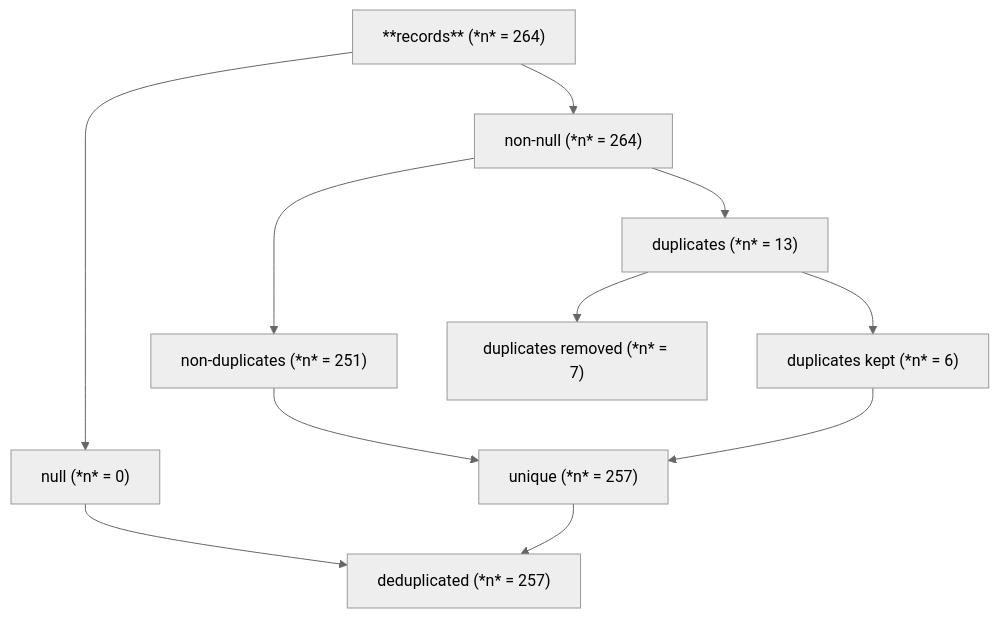
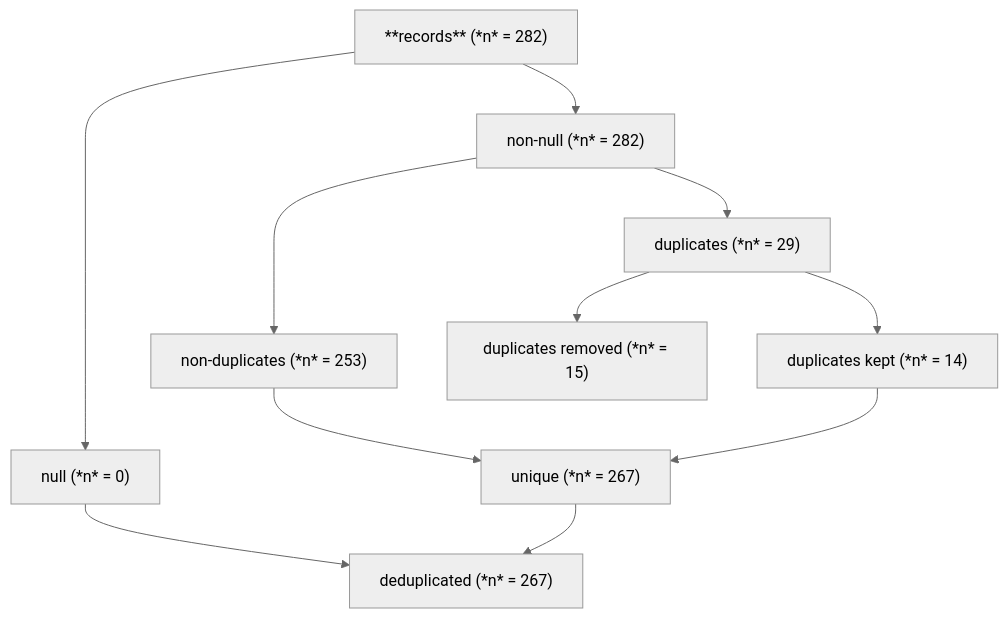
Before and after one commit to dong-wkim/systematic_review: the diagram in data/short_title_deduplicated.mmd, drawn with Mermaid. The commit also changed 30 other files, not shown here.

```diff
--- a/data/short_title_deduplicated.mmd
+++ b/data/short_title_deduplicated.mmd
@@ -1,21 +1,21 @@
 ---
 config:
   theme: neutral
   curve: stepBefore
 ---
 graph TD;
-A["**records** (*n* = 264)"];
+A["**records** (*n* = 282)"];
 B["null (*n* = 0)"];
-C["non-null (*n* = 264)"];
-D["non-duplicates (*n* = 251)"];
-E["duplicates (*n* = 13)"];
-F["duplicates kept (*n* = 6)"];
-G["duplicates removed (*n* = 7)"];
-H["unique (*n* = 257)"];
-I["deduplicated (*n* = 257)"];
+C["non-null (*n* = 282)"];
+D["non-duplicates (*n* = 253)"];
+E["duplicates (*n* = 29)"];
+F["duplicates kept (*n* = 14)"];
+G["duplicates removed (*n* = 15)"];
+H["unique (*n* = 267)"];
+I["deduplicated (*n* = 267)"];
 
 A --> B & C;
 C --> D & E;
 E --> F & G;
 D & F --> H;
 B & H --> I
```
